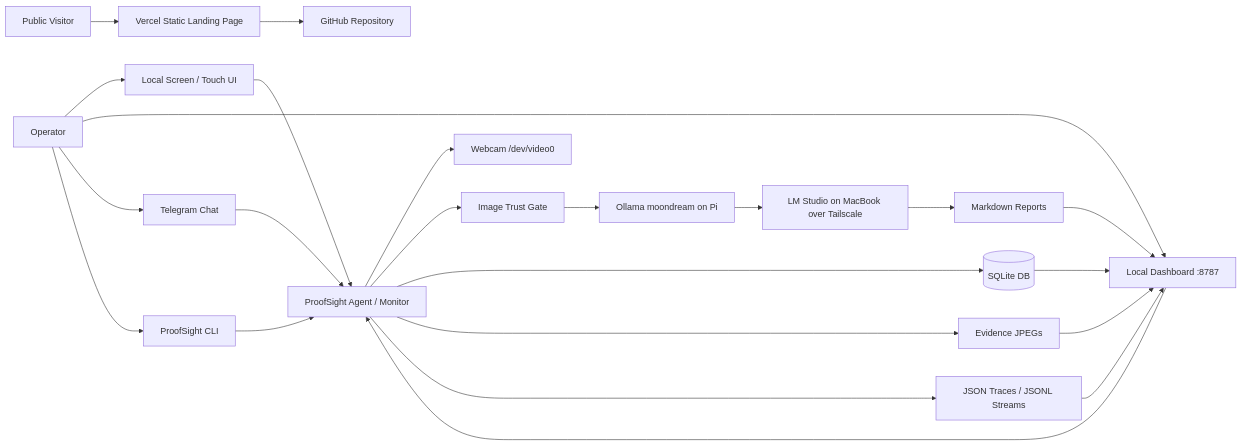
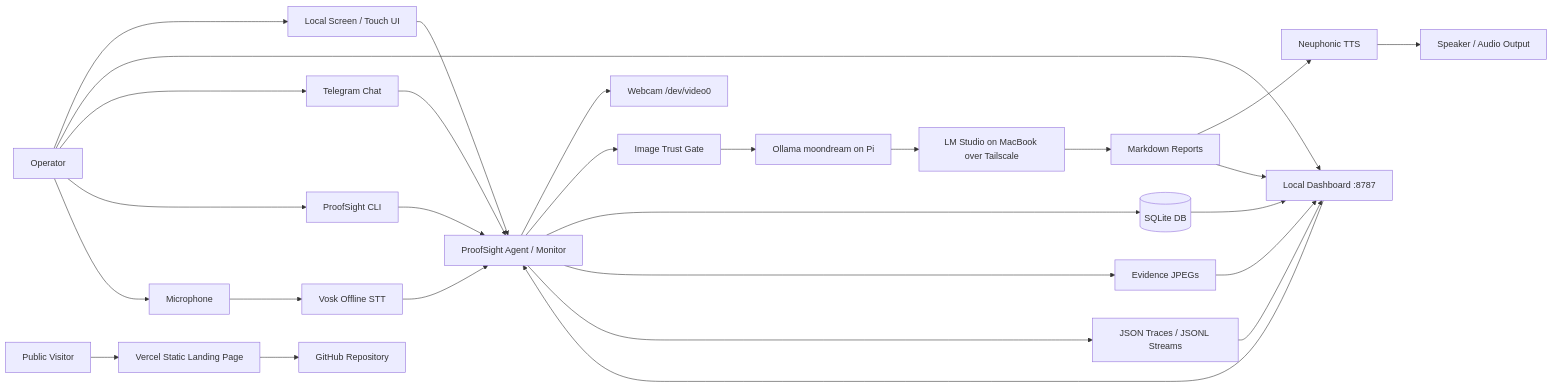
The first of 2 diagrams in ARCHITECTURE.md (MasteraSnackin/ProofSight), drawn with Mermaid before and after one commit. The commit also changed other lines of this file and 1 other file, not shown here.

````diff
--- a/ARCHITECTURE.md
+++ b/ARCHITECTURE.md
@@ -31,25 +32,30 @@
 ```mermaid
 flowchart LR
   Operator[Operator] --> Screen[Local Screen / Touch UI]
   Operator --> LocalDash[Local Dashboard :8787]
   Operator --> Telegram[Telegram Chat]
   Operator --> CLI[ProofSight CLI]
+  Operator --> Mic[Microphone]
+  Mic --> Vosk[Vosk Offline STT]
+  Vosk --> Agent
   Screen --> Agent[ProofSight Agent / Monitor]
   Telegram --> Agent
   LocalDash --> Agent[ProofSight Agent / Monitor]
   CLI --> Agent
   Agent --> Camera[Webcam /dev/video0]
   Agent --> Gate[Image Trust Gate]
   Gate --> Vision[Ollama moondream on Pi]
   Vision --> Reasoning[LM Studio on MacBook over Tailscale]
   Reasoning --> Reports[Markdown Reports]
+  Reports --> Neuphonic[Neuphonic TTS]
+  Neuphonic --> Speaker[Speaker / Audio Output]
   Agent --> DB[(SQLite DB)]
   Agent --> Evidence[Evidence JPEGs]
   Agent --> Traces[JSON Traces / JSONL Streams]
   Reports --> LocalDash
   DB --> LocalDash
   Evidence --> LocalDash
   Traces --> LocalDash
   Visitor[Public Visitor] --> Vercel[Vercel Static Landing Page]
   Vercel --> GitHub[GitHub Repository]
 ```
````
